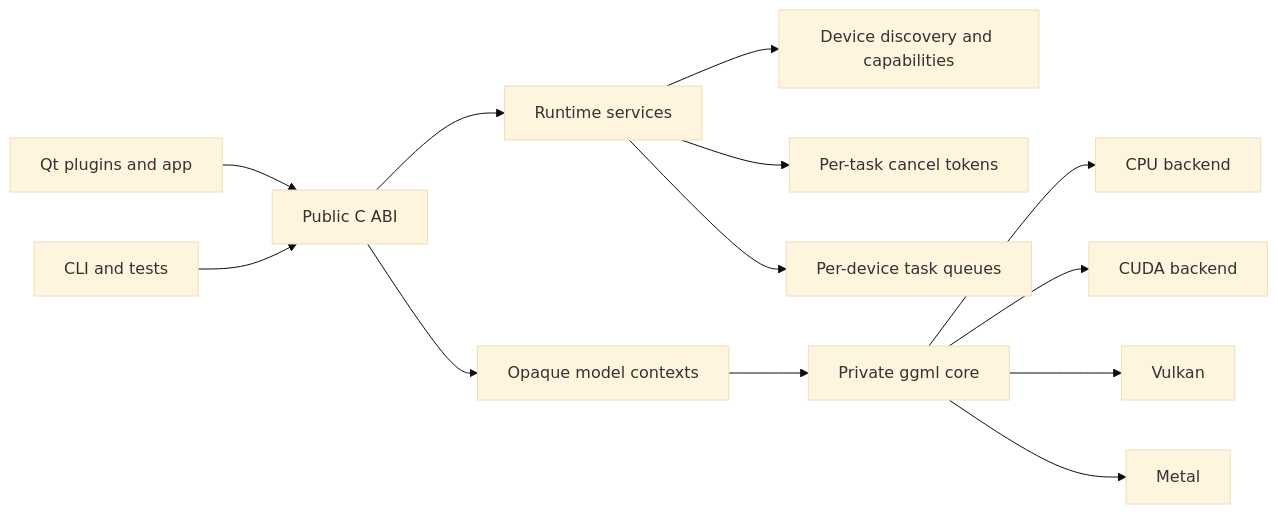
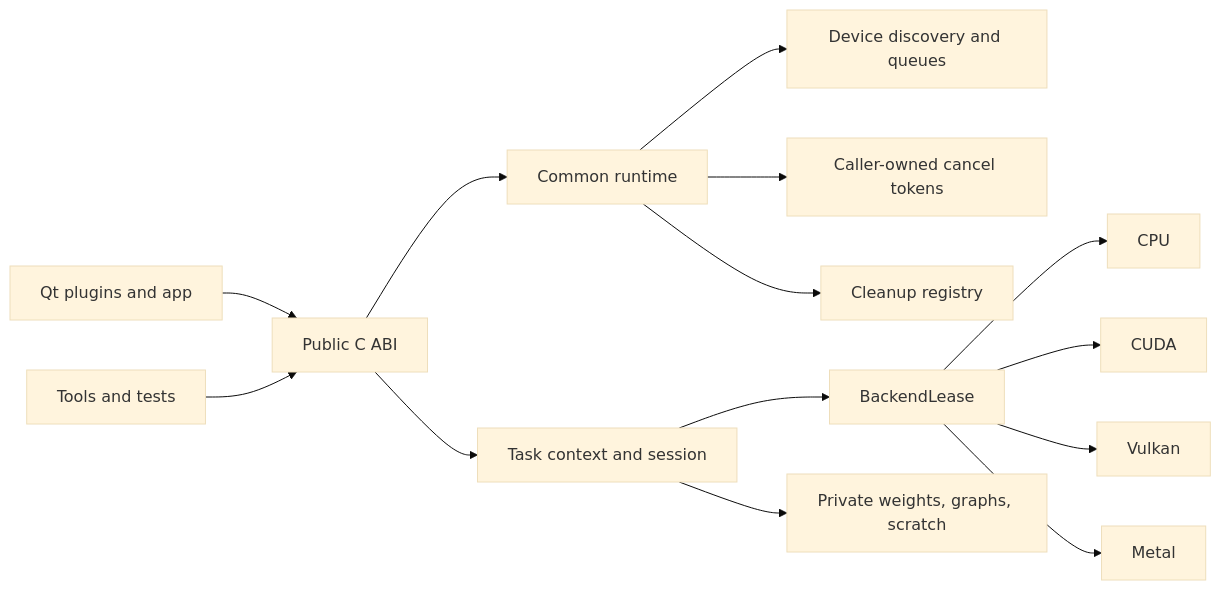
Before and after one commit to Asher-1/ACloudViewer: the first of 2 diagrams in core/AICore/docs/ARCHITECTURE.md, drawn with Mermaid (base theme). The commit also changed other lines of this file and 188 other files, not shown here.

````diff
--- a/core/AICore/docs/ARCHITECTURE.md
+++ b/core/AICore/docs/ARCHITECTURE.md
@@ -17,15 +13,16 @@
 ```mermaid
 flowchart LR
-    UI[Qt plugins and app] --> CAPI[Public C ABI]
-    CLI[CLI and tests] --> CAPI
-    CAPI --> RT[Runtime services]
-    RT --> DEV[Device discovery and capabilities]
-    RT --> CANCEL[Per-task cancel tokens]
-    RT --> LOCK[Per-device task queues]
-    CAPI --> SESS[Opaque model contexts]
-    SESS --> GGML[Private ggml core]
-    GGML --> CPU[CPU backend]
-    GGML --> CUDA[CUDA backend]
-    GGML --> VK[Vulkan]
-    GGML --> METAL[Metal]
+    UI[Qt plugins and app] --> ABI[Public C ABI]
+    CLI[Tools and tests] --> ABI
+    ABI --> CTX[Task context and session]
+    ABI --> RT[Common runtime]
+    RT --> DEV[Device discovery and queues]
+    RT --> CANCEL[Caller-owned cancel tokens]
+    RT --> CLEAN[Cleanup registry]
+    CTX --> LEASE[BackendLease]
+    CTX --> CACHE[Private weights, graphs, scratch]
+    LEASE --> CPU[CPU]
+    LEASE --> CUDA[CUDA]
+    LEASE --> VK[Vulkan]
+    LEASE --> METAL[Metal]
 ```
````
